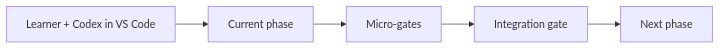
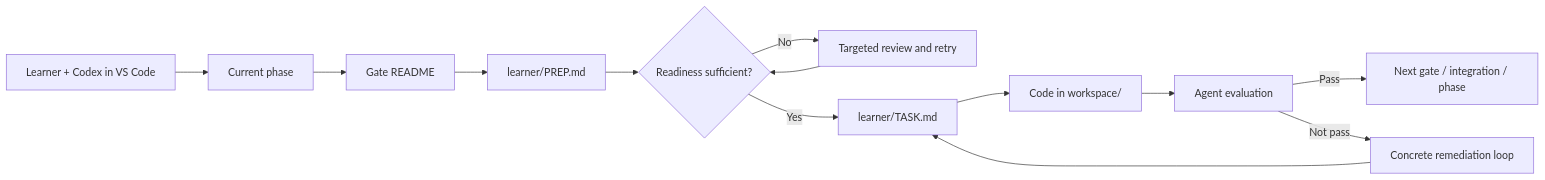
The diagram in README.md (bobskefeurat/cpp-systems-learning), drawn with Mermaid before and after one commit. The commit also changed other lines of this file and 9 other files, not shown here.

Commit message:
Add Phase 1 gate 0 and simplify README diagrams

````diff
--- a/README.md
+++ b/README.md
@@ -23,7 +23,15 @@
 ```mermaid
 flowchart LR
     User["Learner + Codex in VS Code"] --> Phase["Current phase"]
-    Phase --> Gates["Micro-gates"]
-    Gates --> Integration["Integration gate"]
-    Integration --> Next["Next phase"]
+    Phase --> GateReadme["Gate README"]
+    GateReadme --> Prep["learner/PREP.md"]
+    Prep --> Ready{"Readiness sufficient?"}
+    Ready -->|No| Review["Targeted review and retry"]
+    Review --> Ready
+    Ready -->|Yes| Task["learner/TASK.md"]
+    Task --> Work["Code in workspace/"]
+    Work --> Eval["Agent evaluation"]
+    Eval -->|Pass| Next["Next gate / integration / phase"]
+    Eval -->|Not pass| Remed["Concrete remediation loop"]
+    Remed --> Task
 ```
````
